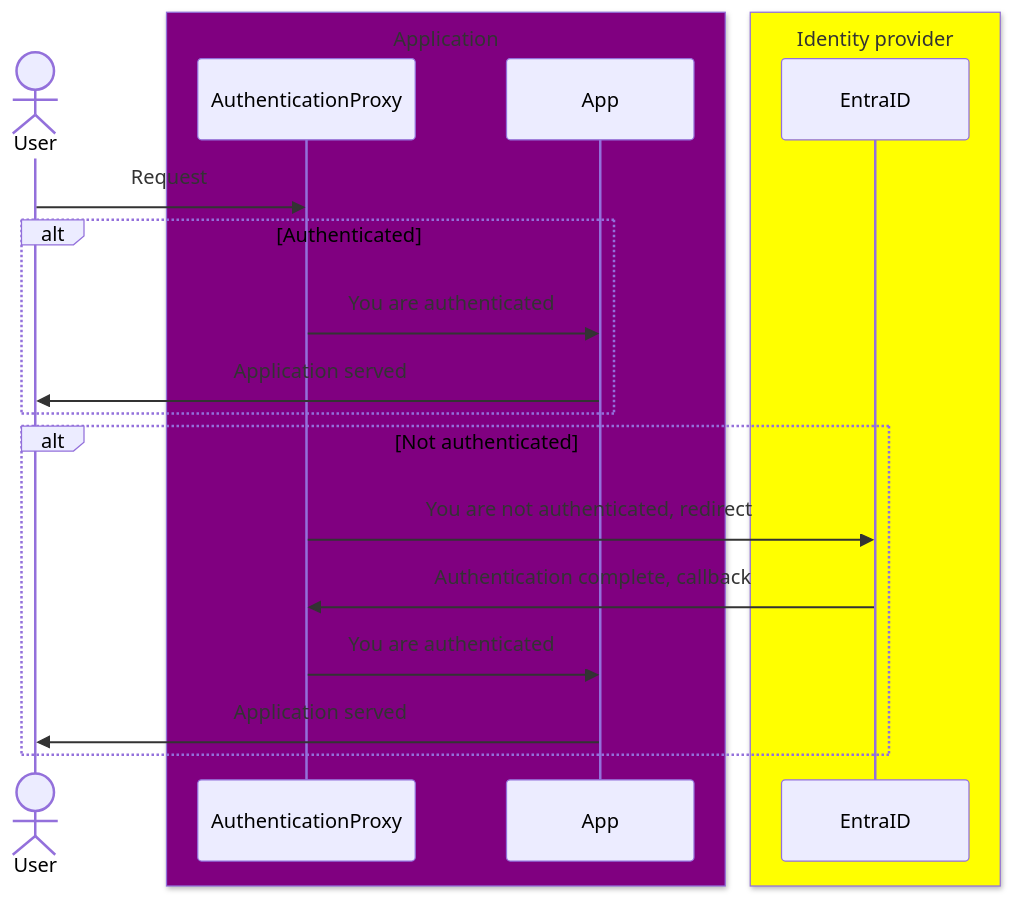
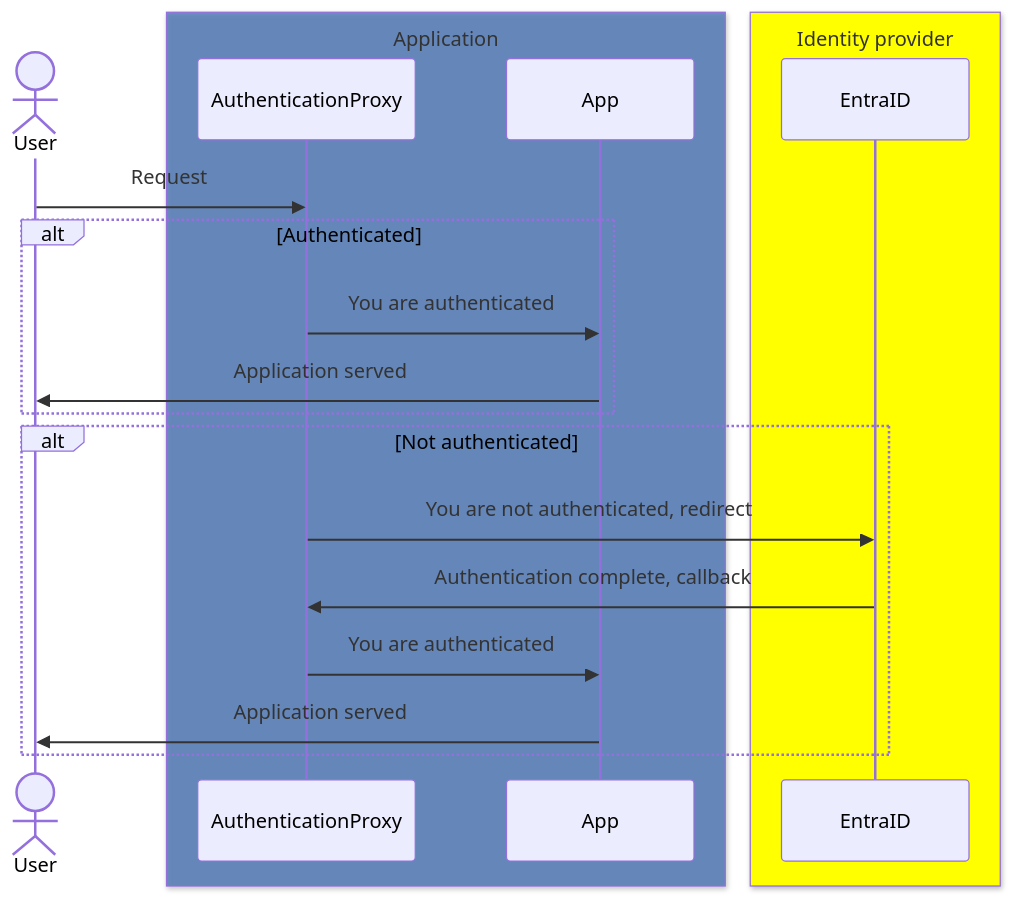
Before and after one commit to pettermk/authz-authn-primer: the diagram in README.md, drawn with Mermaid. The commit also changed other lines of this file, not shown here.

````diff
--- a/README.md
+++ b/README.md
@@ -115,24 +115,23 @@
 ```mermaid
 sequenceDiagram
     actor User
-    box purple Application
+    box rgba(75, 118, 181, 0.8) Application
     participant AuthenticationProxy
     participant App
     end
     box yellow Identity provider
     participant EntraID
     end
-    
 
     User->>AuthenticationProxy: Request
     alt Authenticated
     AuthenticationProxy->> App: You are authenticated
     App->> User: Application served
     end
     alt Not authenticated
     AuthenticationProxy->> EntraID: You are not authenticated, redirect
     EntraID->> AuthenticationProxy: Authentication complete, callback
     AuthenticationProxy->> App: You are authenticated
     App->> User: Application served
     end
 ```
````
